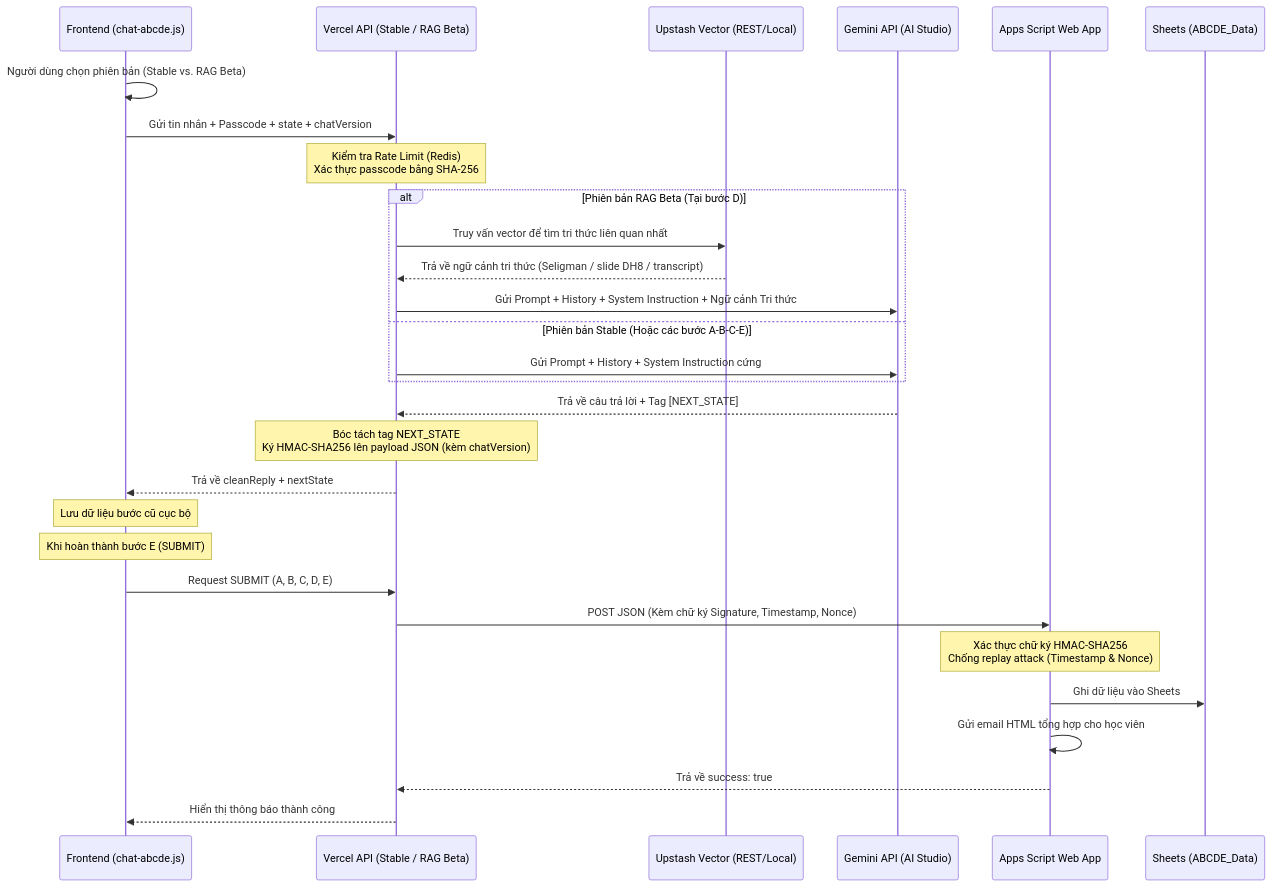
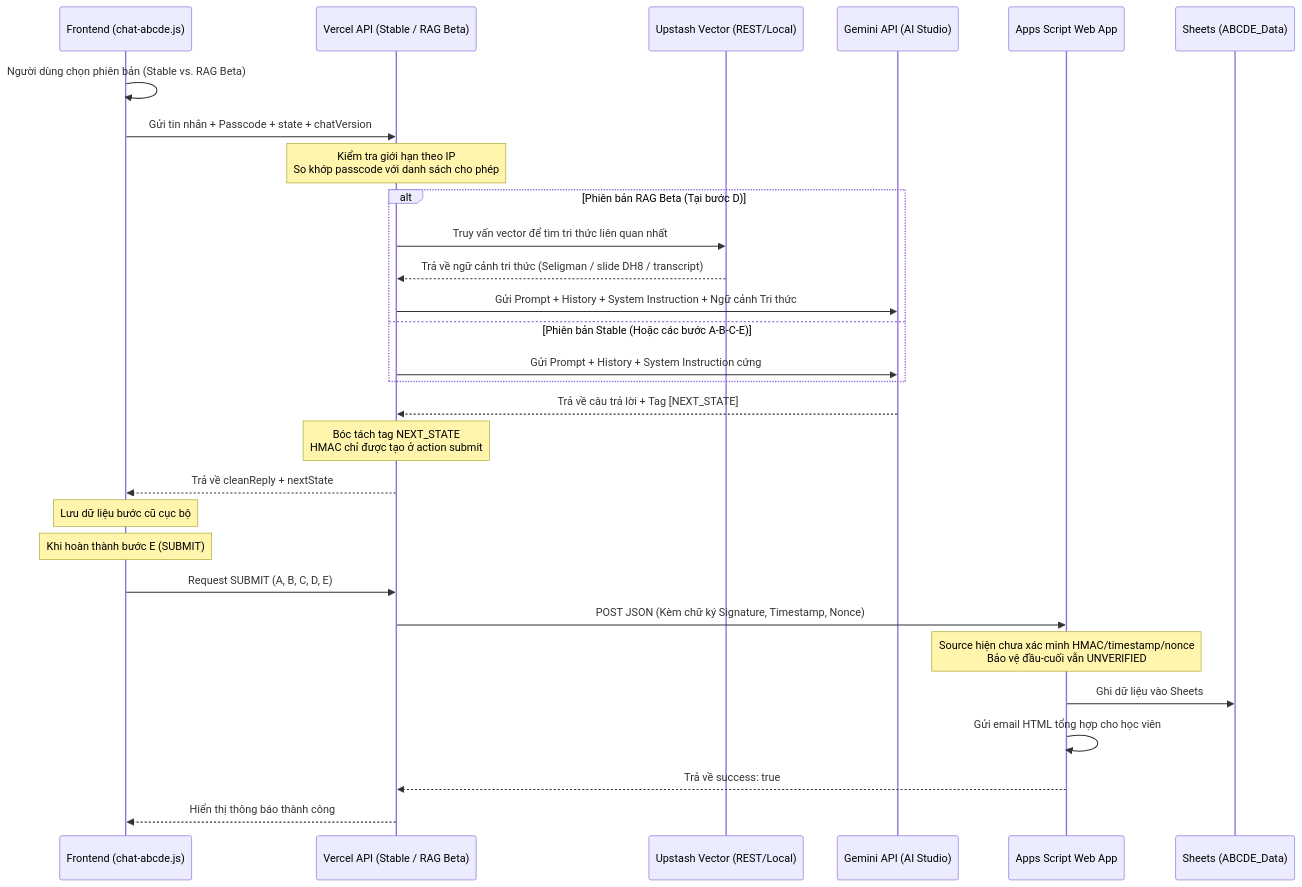
Before and after one commit to culturecodefeedforward/DeliveringHappiness: the diagram in docs/abcde_chatbox_spec.md, drawn with Mermaid. The commit also changed other lines of this file and 17 other files, not shown here.

````diff
--- a/docs/abcde_chatbox_spec.md
+++ b/docs/abcde_chatbox_spec.md
@@ -11,34 +11,34 @@
 ```mermaid
 sequenceDiagram
     participant FE as Frontend (chat-abcde.js)
     participant API as Vercel API (Stable / RAG Beta)
     participant VDB as Upstash Vector (REST/Local)
     participant GEMINI as Gemini API (AI Studio)
     participant GAS as Apps Script Web App
     participant DB as Sheets (ABCDE_Data)
 
     FE->>FE: Người dùng chọn phiên bản (Stable vs. RAG Beta)
     FE->>API: Gửi tin nhắn + Passcode + state + chatVersion
-    Note over API: Kiểm tra Rate Limit (Redis)<br/>Xác thực passcode bằng SHA-256
+    Note over API: Kiểm tra giới hạn theo IP<br/>So khớp passcode với danh sách cho phép
     
     alt Phiên bản RAG Beta (Tại bước D)
         API->>VDB: Truy vấn vector để tìm tri thức liên quan nhất
         VDB-->>API: Trả về ngữ cảnh tri thức (Seligman / slide DH8 / transcript)
         API->>GEMINI: Gửi Prompt + History + System Instruction + Ngữ cảnh Tri thức
     else Phiên bản Stable (Hoặc các bước A-B-C-E)
         API->>GEMINI: Gửi Prompt + History + System Instruction cứng
     end
     
     GEMINI-->>API: Trả về câu trả lời + Tag [NEXT_STATE]
-    Note over API: Bóc tách tag NEXT_STATE<br/>Ký HMAC-SHA256 lên payload JSON (kèm chatVersion)
+    Note over API: Bóc tách tag NEXT_STATE<br/>HMAC chỉ được tạo ở action submit
     API-->>FE: Trả về cleanReply + nextState
     Note over FE: Lưu dữ liệu bước cũ cục bộ
     Note over FE: Khi hoàn thành bước E (SUBMIT)
     FE->>API: Request SUBMIT (A, B, C, D, E)
     API->>GAS: POST JSON (Kèm chữ ký Signature, Timestamp, Nonce)
-    Note over GAS: Xác thực chữ ký HMAC-SHA256<br/>Chống replay attack (Timestamp & Nonce)
+    Note over GAS: Source hiện chưa xác minh HMAC/timestamp/nonce<br/>Bảo vệ đầu-cuối vẫn UNVERIFIED
     GAS->>DB: Ghi dữ liệu vào Sheets
     GAS->>GAS: Gửi email HTML tổng hợp cho học viên
     GAS-->>API: Trả về success: true
     API-->>FE: Hiển thị thông báo thành công
 ```
````
